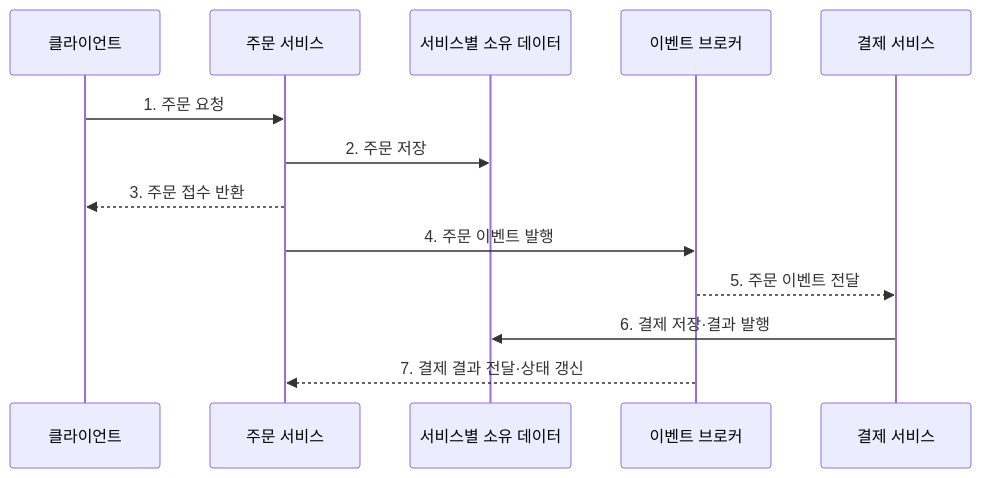
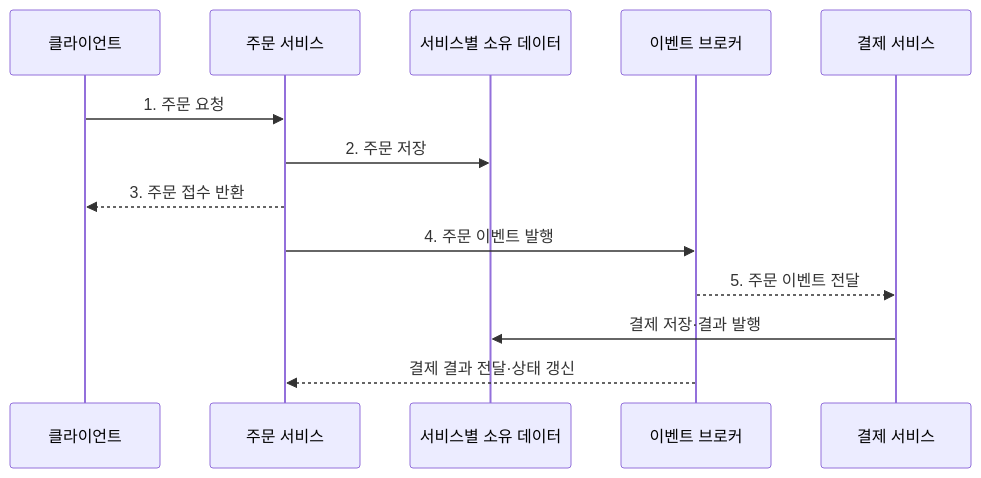
Before and after one commit to agnusdei1207/knowledge-base: the second of 2 diagrams in src/content/docs/notes/03-software/039_microservice_architecture.md, drawn with Mermaid. The commit also changed other lines of this file and 238 other files, not shown here.

````diff
--- a/src/content/docs/notes/03-software/039_microservice_architecture.md
+++ b/src/content/docs/notes/03-software/039_microservice_architecture.md
@@ -91,15 +94,15 @@
 ```mermaid
 sequenceDiagram
     participant C as 클라이언트
     participant O as 주문 서비스
     participant D as 서비스별 소유 데이터
     participant B as 이벤트 브로커
     participant P as 결제 서비스
     C->>O: 1. 주문 요청
     O->>D: 2. 주문 저장
     O-->>C: 3. 주문 접수 반환
     O->>B: 4. 주문 이벤트 발행
     B-->>P: 5. 주문 이벤트 전달
-    P->>D: 6. 결제 저장·결과 발행
-    B-->>O: 7. 결제 결과 전달·상태 갱신
+    P->>D: 결제 저장·결과 발행
+    B-->>O: 결제 결과 전달·상태 갱신
 ```
````
